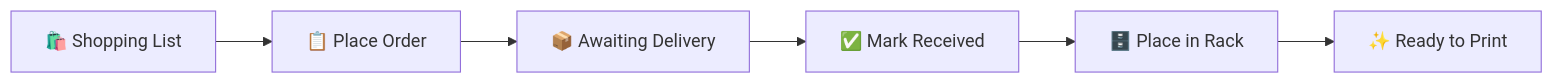
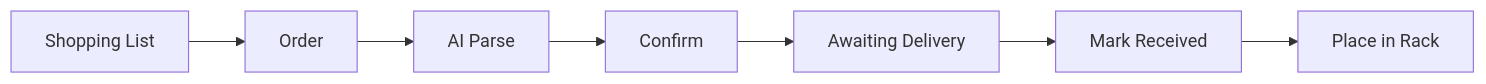
The diagram in docs/user-stories/procurement.md (kbarthei/HASpoolManager), drawn with Mermaid before and after one commit. The commit also changed other lines of this file and 2 other files, not shown here.

````diff
--- a/docs/user-stories/procurement.md
+++ b/docs/user-stories/procurement.md
@@ -7,8 +7,9 @@
 ```mermaid
-flowchart LR
-    SHOP["🛍️ Shopping List"] --> ORDER["📋 Place Order"]
-    ORDER --> WAIT["📦 Awaiting Delivery"]
-    WAIT --> RECEIVE["✅ Mark Received"]
-    RECEIVE --> RACK["🗄️ Place in Rack"]
-    RACK --> READY["✨ Ready to Print"]
+graph LR
+    A[Shopping List] --> B[Order]
+    B --> C[AI Parse]
+    C --> D[Confirm]
+    D --> E[Awaiting Delivery]
+    E --> F[Mark Received]
+    F --> G[Place in Rack]
 ```
````
